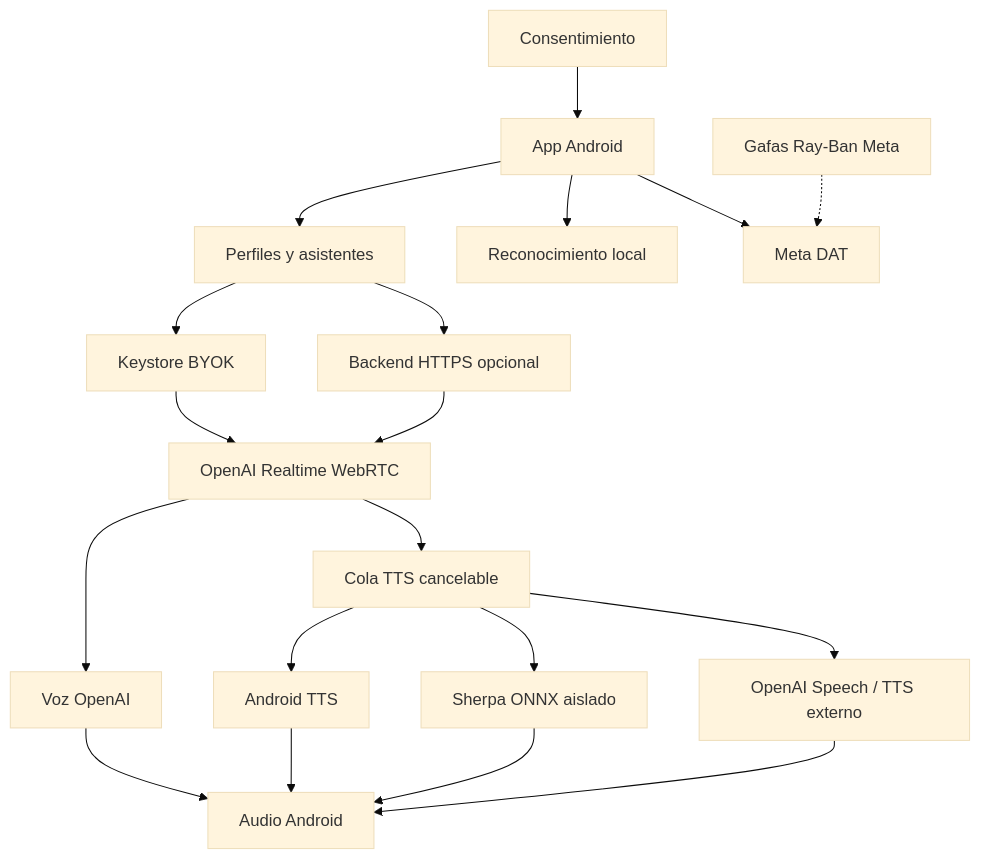
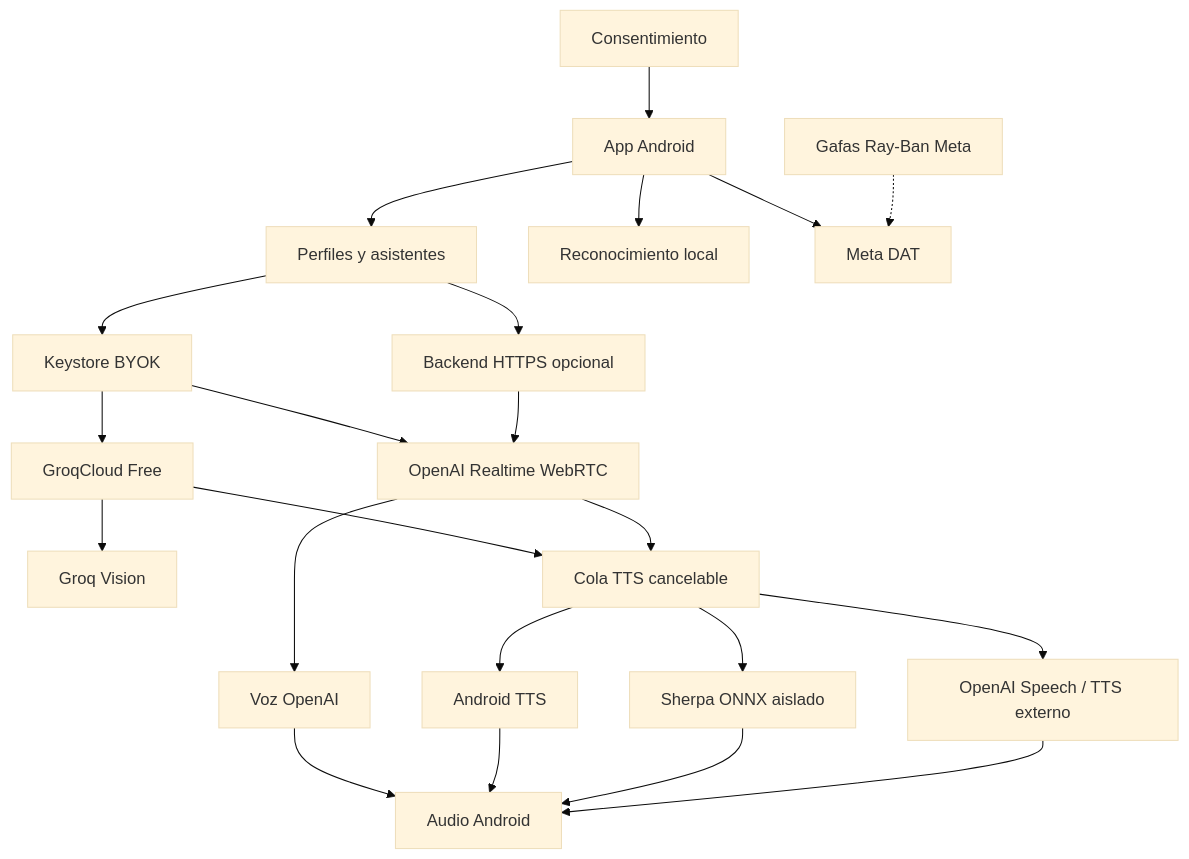
One commit to PbtServers/PbtMetaGPT changed the diagram in README.md. Above: the diagram before and after it, drawn with Mermaid (base theme). The commit also changed other lines of this file and 16 other files, not shown here.

````diff
--- a/README.md
+++ b/README.md
@@ -142,21 +155,24 @@
 ```mermaid
 flowchart TD
     U[Consentimiento] --> A[App Android]
     A --> P[Perfiles y asistentes]
     A --> W[Reconocimiento local]
     A --> D[Meta DAT]
     G[Gafas Ray-Ban Meta] -.-> D
     P --> K[Keystore BYOK]
+    K --> GQ[GroqCloud Free]
+    GQ --> GV[Groq Vision]
+    GQ --> Q[Cola TTS cancelable]
     K --> R[OpenAI Realtime WebRTC]
     P --> B[Backend HTTPS opcional]
     B --> R
     R --> V[Voz OpenAI]
-    R --> Q[Cola TTS cancelable]
+    R --> Q
     Q --> T[Android TTS]
     Q --> S[Sherpa ONNX aislado]
     Q --> X[OpenAI Speech / TTS externo]
     V --> O[Audio Android]
     T --> O
     S --> O
     X --> O
 ```
````
